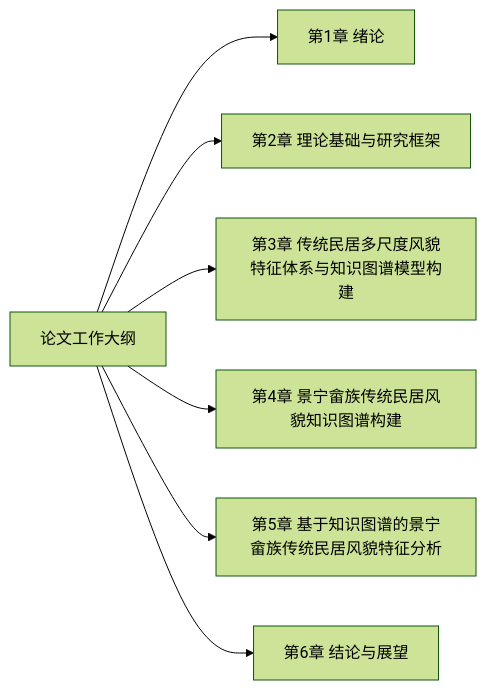
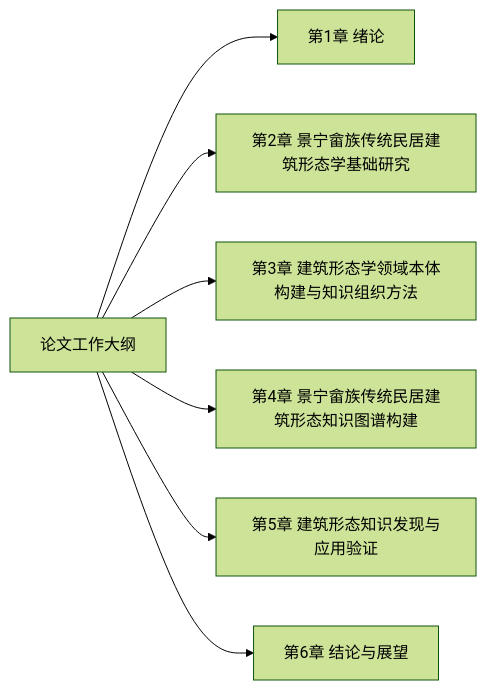
Before and after one commit to WYLINX601/Linx_paper: the diagram in 论文章节/现行大纲.md, drawn with Mermaid (forest theme). The commit also changed other lines of this file and 147 other files, not shown here.

````diff
--- a/论文章节/现行大纲.md
+++ b/论文章节/现行大纲.md
@@ -18,16 +18,16 @@
 ```mermaid
 flowchart LR
   outline-root["论文工作大纲"]
   chapter-1["第1章 绪论"]
   outline-root --> chapter-1
-  chapter-2["第2章 理论基础与研究框架"]
+  chapter-2["第2章 景宁畲族传统民居建筑形态学基础研究"]
   outline-root --> chapter-2
-  chapter-3["第3章 传统民居多尺度风貌特征体系与知识图谱模型构建"]
+  chapter-3["第3章 建筑形态学领域本体构建与知识组织方法"]
   outline-root --> chapter-3
-  chapter-4["第4章 景宁畲族传统民居风貌知识图谱构建"]
+  chapter-4["第4章 景宁畲族传统民居建筑形态知识图谱构建"]
   outline-root --> chapter-4
-  chapter-5["第5章 基于知识图谱的景宁畲族传统民居风貌特征分析"]
+  chapter-5["第5章 建筑形态知识发现与应用验证"]
   outline-root --> chapter-5
   chapter-6["第6章 结论与展望"]
   outline-root --> chapter-6
 ```
````
